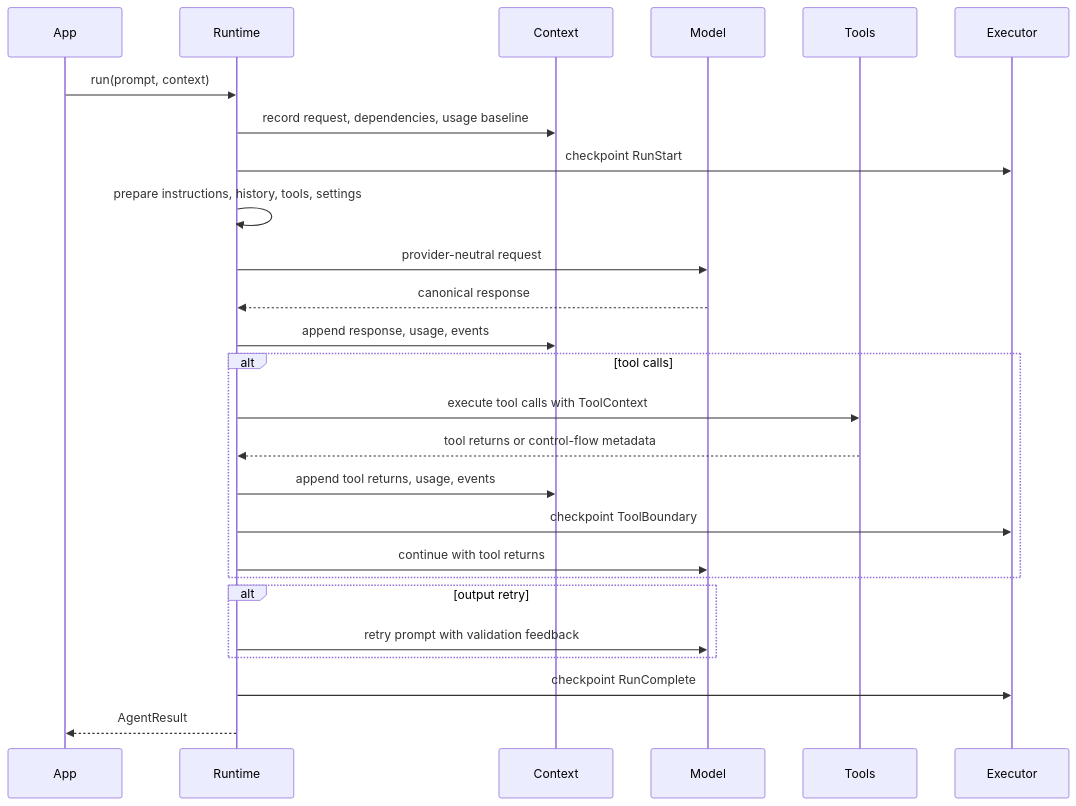
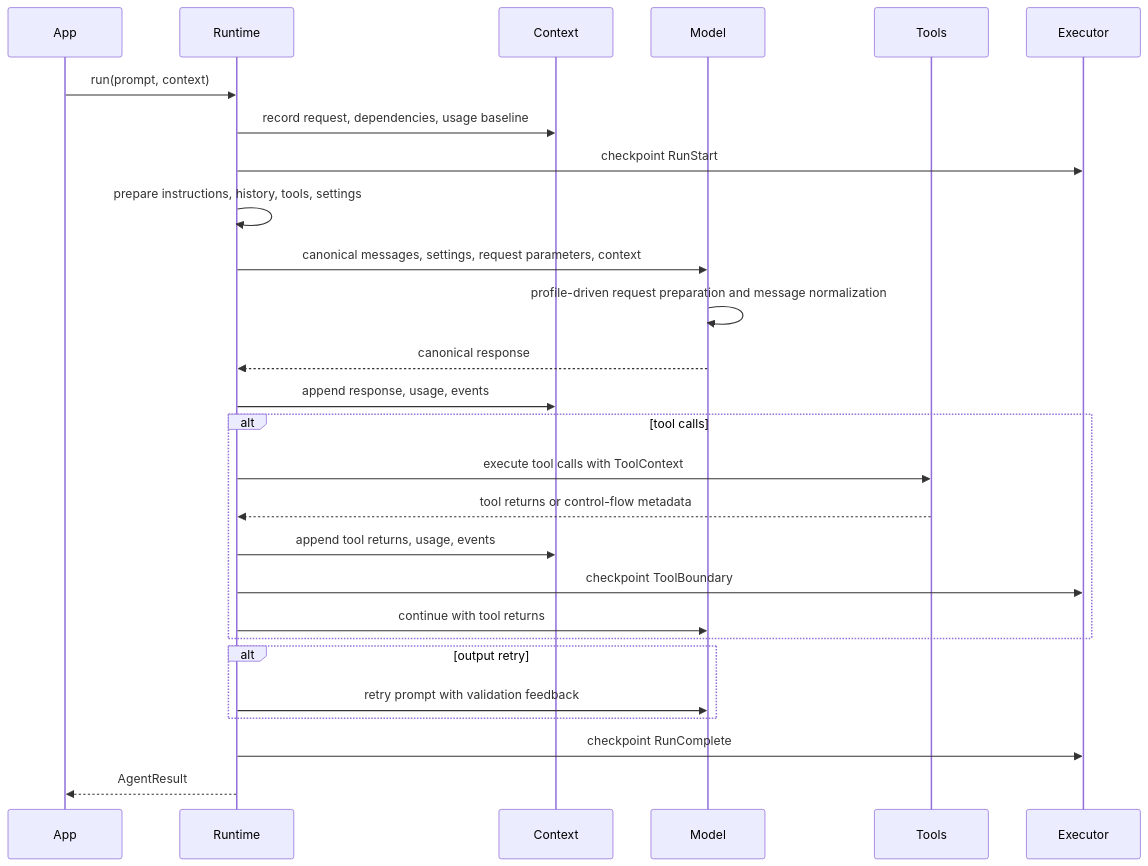
Before and after one commit to Wh1isper/starweaver: the second of 2 diagrams in spec/core/README.md, drawn with Mermaid. The commit also changed other lines of this file and 95 other files, not shown here.

First line of the commit message:
feat: add request preparation and shared storage

````diff
--- a/spec/core/README.md
+++ b/spec/core/README.md
@@ -53,29 +54,30 @@
 ```mermaid
 sequenceDiagram
     participant App
     participant Runtime
     participant Context
     participant Model
     participant Tools
     participant Executor
 
     App->>Runtime: run(prompt, context)
     Runtime->>Context: record request, dependencies, usage baseline
     Runtime->>Executor: checkpoint RunStart
     Runtime->>Runtime: prepare instructions, history, tools, settings
-    Runtime->>Model: provider-neutral request
+    Runtime->>Model: canonical messages, settings, request parameters, context
+    Model->>Model: profile-driven request preparation and message normalization
     Model-->>Runtime: canonical response
     Runtime->>Context: append response, usage, events
     alt tool calls
         Runtime->>Tools: execute tool calls with ToolContext
         Tools-->>Runtime: tool returns or control-flow metadata
         Runtime->>Context: append tool returns, usage, events
         Runtime->>Executor: checkpoint ToolBoundary
         Runtime->>Model: continue with tool returns
     end
     alt output retry
         Runtime->>Model: retry prompt with validation feedback
     end
     Runtime->>Executor: checkpoint RunComplete
     Runtime-->>App: AgentResult
 ```
````
